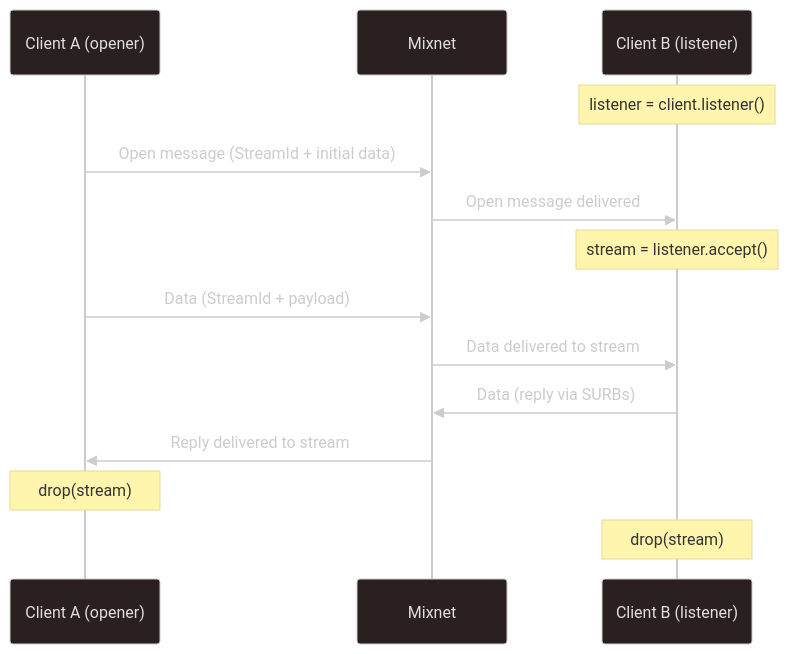
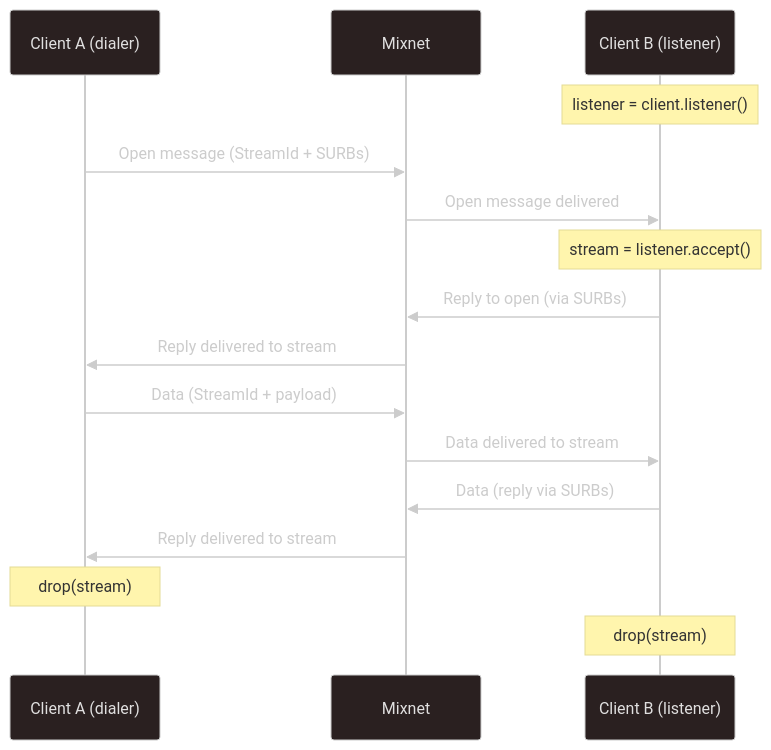
One commit to nymtech/nym changed the diagram in documentation/docs/pages/developers/rust/stream.mdx. Above: the diagram before and after it, drawn with Mermaid. The commit also changed other lines of this file and 12 other files, not shown here.

First line of the commit message:
Slim Rust SDK docs and rename opener to dialer

````diff
--- a/documentation/docs/pages/developers/rust/stream.mdx
+++ b/documentation/docs/pages/developers/rust/stream.mdx
@@ -22,23 +22,25 @@
 ```mermaid
 ---
 config:
   theme: neo-dark
 ---
 sequenceDiagram
-    participant A as Client A (opener)
+    participant A as Client A (dialer)
     participant M as Mixnet
     participant B as Client B (listener)
 
     Note over B: listener = client.listener()
-    A->>M: Open message (StreamId + initial data)
+    A->>M: Open message (StreamId + SURBs)
     M->>B: Open message delivered
     Note over B: stream = listener.accept()
+    B->>M: Reply to open (via SURBs)
+    M->>A: Reply delivered to stream
 
     A->>M: Data (StreamId + payload)
     M->>B: Data delivered to stream
     B->>M: Data (reply via SURBs)
     M->>A: Reply delivered to stream
 
     Note over A: drop(stream)
     Note over B: drop(stream)
 ```
````
